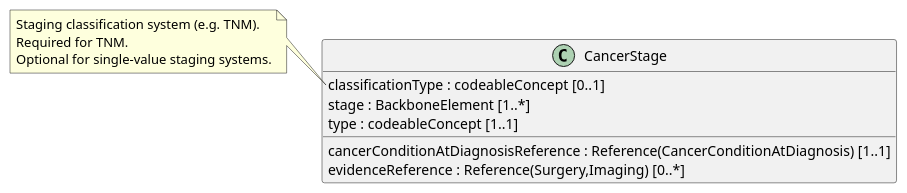
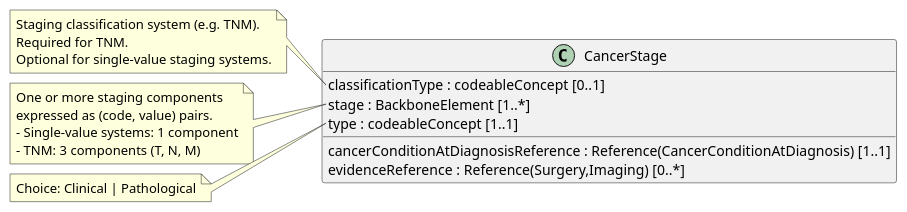
One commit to rgazzarata/cancer-common changed the diagram in input/images-source/CancerStage_LM.plantuml. Above: the diagram before and after it, drawn with PlantUML. The commit also changed 2 other files, not shown here.

```diff
--- a/input/images-source/CancerStage_LM.plantuml
+++ b/input/images-source/CancerStage_LM.plantuml
@@ -1,27 +1,27 @@
 @startuml
 hide empty members
 skinparam classAttributeIconSize 0
 
 class CancerStage {
   cancerConditionAtDiagnosisReference : Reference(CancerConditionAtDiagnosis) [1..1]
   classificationType : codeableConcept [0..1]
   stage : BackboneElement [1..*]
   type : codeableConcept [1..1]
   evidenceReference : Reference(Surgery,Imaging) [0..*]  
 }
 
 note left of CancerStage::classificationType
 Staging classification system (e.g. TNM).
 Required for TNM.
 Optional for single-value staging systems.
 end note
-note left of CancerStage::value
+note left of CancerStage::stage
 One or more staging components
 expressed as (code, value) pairs.
 - Single-value systems: 1 component
 - TNM: 3 components (T, N, M)
 end note
 note left of CancerStage::type
 Choice: Clinical | Pathological
 end note
 @enduml
```
